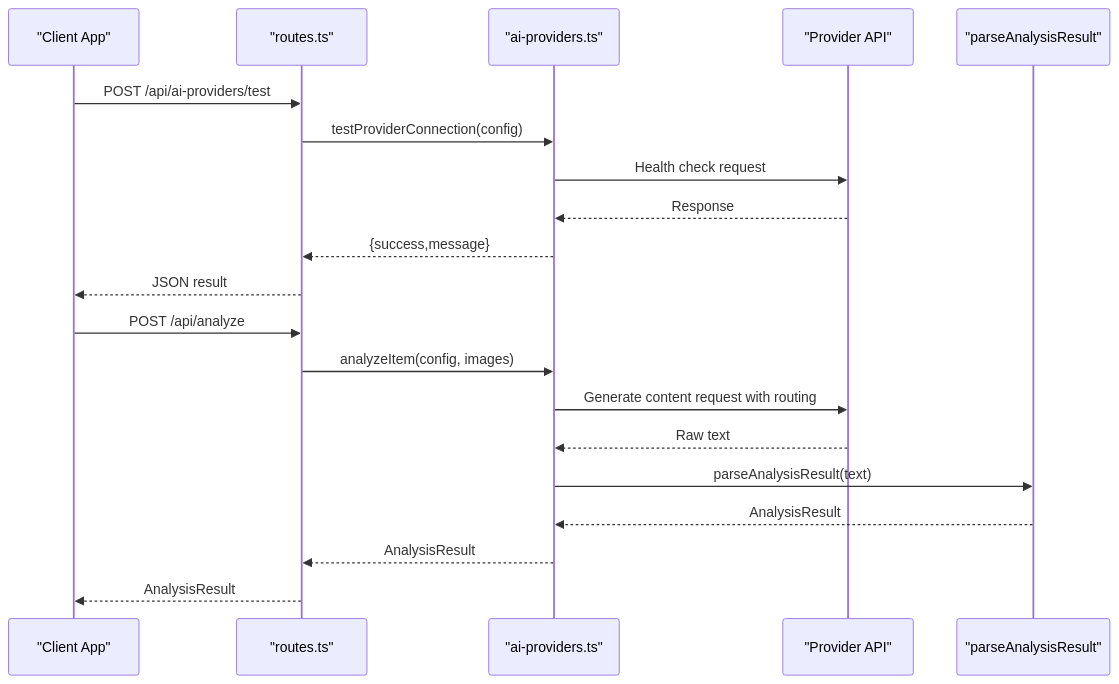
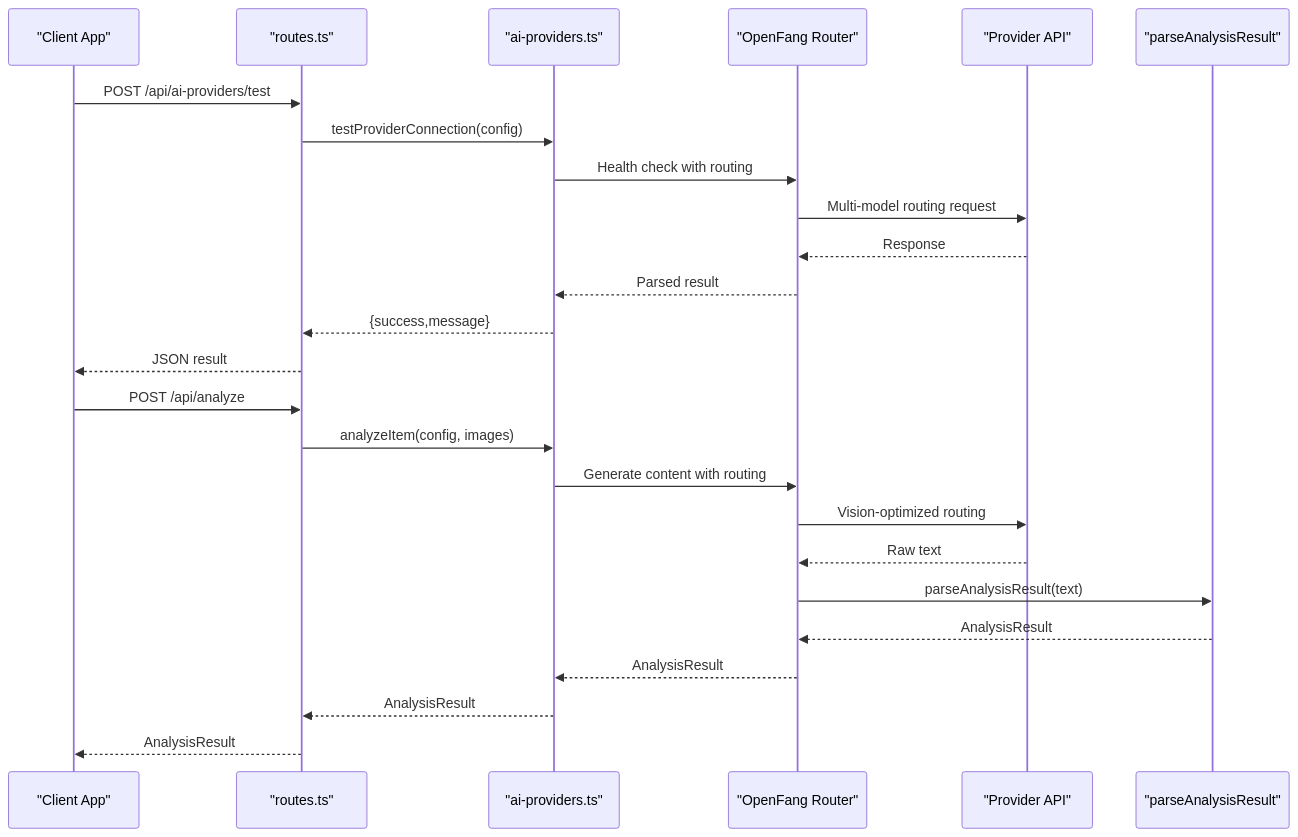
One commit to hunglevi87/Hidden-Gem changed the second of 12 diagrams in .qoder/repowiki/en/content/AI Integration/AI Provider System.md. Above: the diagram before and after it, drawn with Mermaid. The commit also changed other lines of this file and 5 other files, not shown here.

First line of the commit message:
feat(openfang): enhance AI provider with multi-model routing and fallback

````diff
--- a/.qoder/repowiki/en/content/AI Integration/AI Provider System.md
+++ b/.qoder/repowiki/en/content/AI Integration/AI Provider System.md
@@ -95,22 +96,27 @@
 ```mermaid
 sequenceDiagram
 participant Client as "Client App"
 participant Routes as "routes.ts"
 participant Factory as "ai-providers.ts"
+participant OpenFang as "OpenFang Router"
 participant Provider as "Provider API"
 participant Parser as "parseAnalysisResult"
 Client->>Routes : POST /api/ai-providers/test
 Routes->>Factory : testProviderConnection(config)
-Factory->>Provider : Health check request
-Provider-->>Factory : Response
+Factory->>OpenFang : Health check with routing
+OpenFang->>Provider : Multi-model routing request
+Provider-->>OpenFang : Response
+OpenFang-->>Factory : Parsed result
 Factory-->>Routes : {success,message}
 Routes-->>Client : JSON result
 Client->>Routes : POST /api/analyze
 Routes->>Factory : analyzeItem(config, images)
-Factory->>Provider : Generate content request with routing
-Provider-->>Factory : Raw text
-Factory->>Parser : parseAnalysisResult(text)
-Parser-->>Factory : AnalysisResult
+Factory->>OpenFang : Generate content with routing
+OpenFang->>Provider : Vision-optimized routing
+Provider-->>OpenFang : Raw text
+OpenFang->>Parser : parseAnalysisResult(text)
+Parser-->>OpenFang : AnalysisResult
+OpenFang-->>Factory : AnalysisResult
 Factory-->>Routes : AnalysisResult
 Routes-->>Client : AnalysisResult
 ```
````
